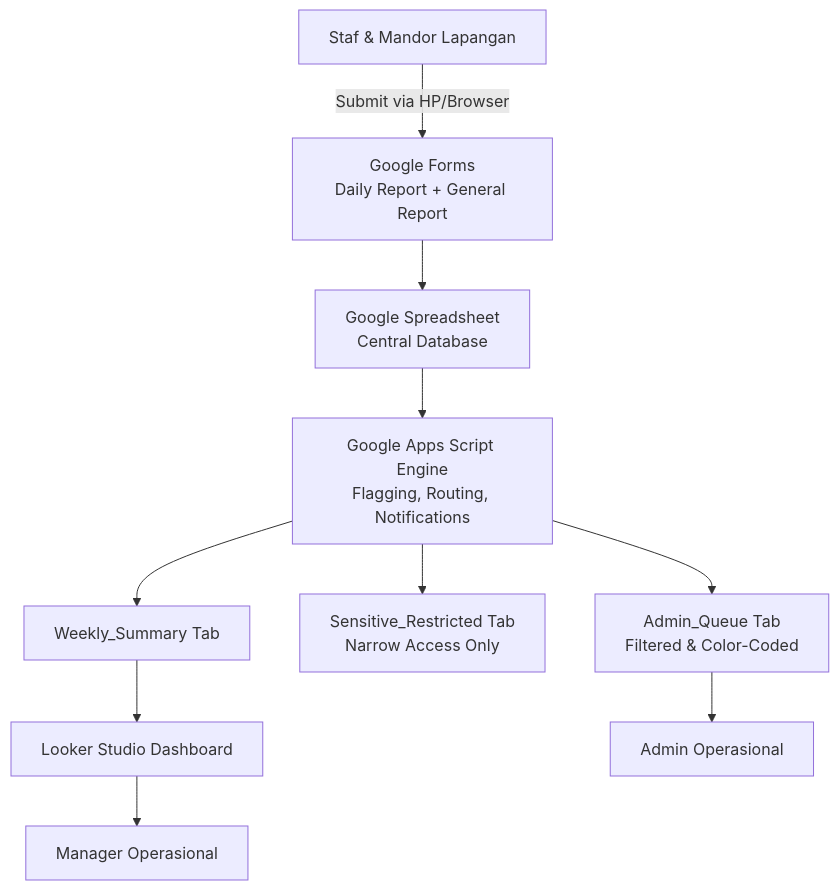
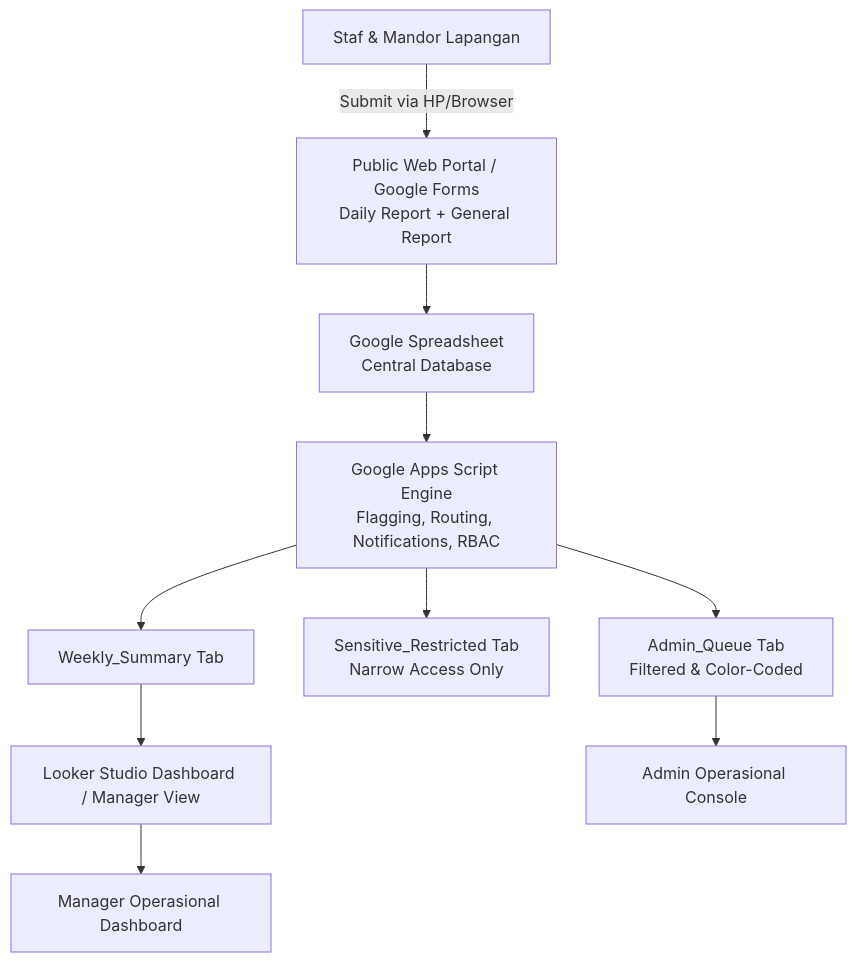
One commit to nathanpriandi/MPL_sistem_lapor changed the diagram in README.md. Above: the diagram before and after it, drawn with Mermaid. The commit also changed other lines of this file and 8 other files, not shown here.

Commit message:
advanced development for admin & public link

````diff
--- a/README.md
+++ b/README.md
@@ -13,12 +13,12 @@
 ```mermaid
 flowchart TD
-    A[Staf & Mandor Lapangan] -->|Submit via HP/Browser| B[Google Forms<br/>Daily Report + General Report]
+    A[Staf & Mandor Lapangan] -->|Submit via HP/Browser| B[Public Web Portal / Google Forms<br/>Daily Report + General Report]
     B --> C[Google Spreadsheet<br/>Central Database]
-    C --> D[Google Apps Script Engine<br/>Flagging, Routing, Notifications]
+    C --> D[Google Apps Script Engine<br/>Flagging, Routing, Notifications, RBAC]
     D --> E[Admin_Queue Tab<br/>Filtered & Color-Coded]
     D --> F[Sensitive_Restricted Tab<br/>Narrow Access Only]
     D --> G[Weekly_Summary Tab]
-    G --> H[Looker Studio Dashboard]
-    E --> I[Admin Operasional]
-    H --> J[Manager Operasional]
+    G --> H[Looker Studio Dashboard / Manager View]
+    E --> I[Admin Operasional Console]
+    H --> J[Manager Operasional Dashboard]
 ```
````
